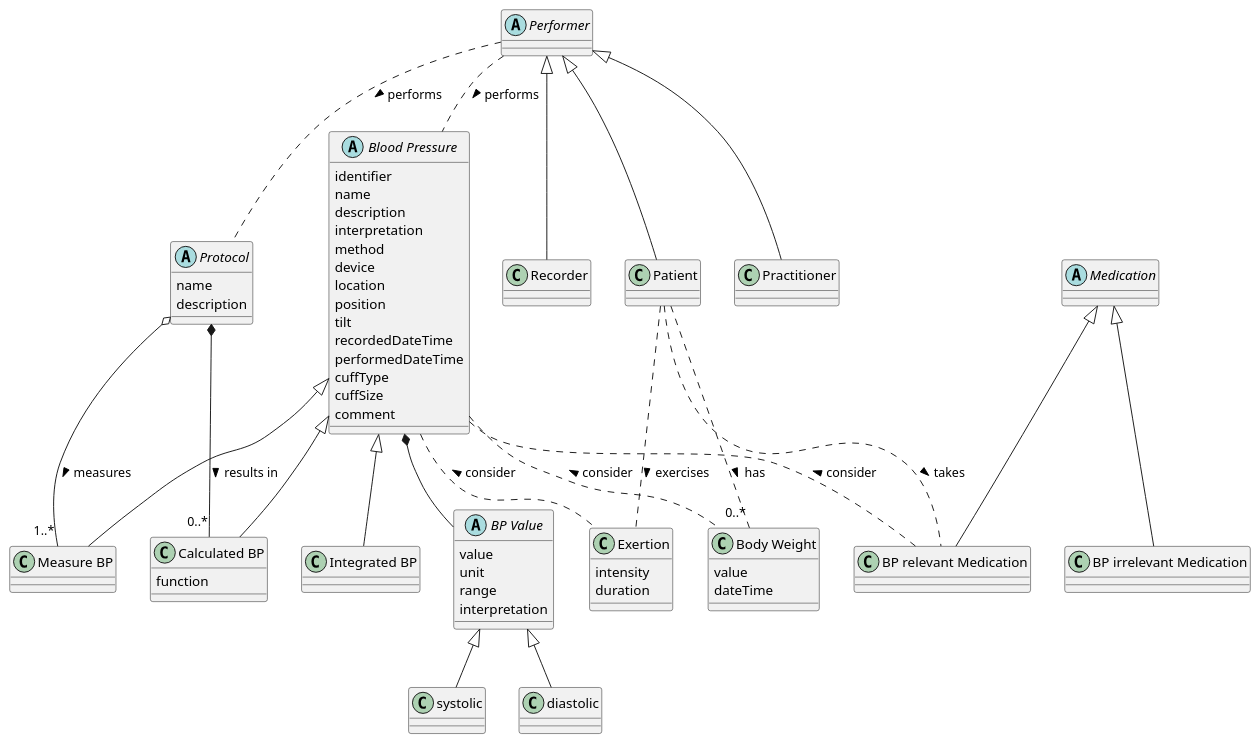
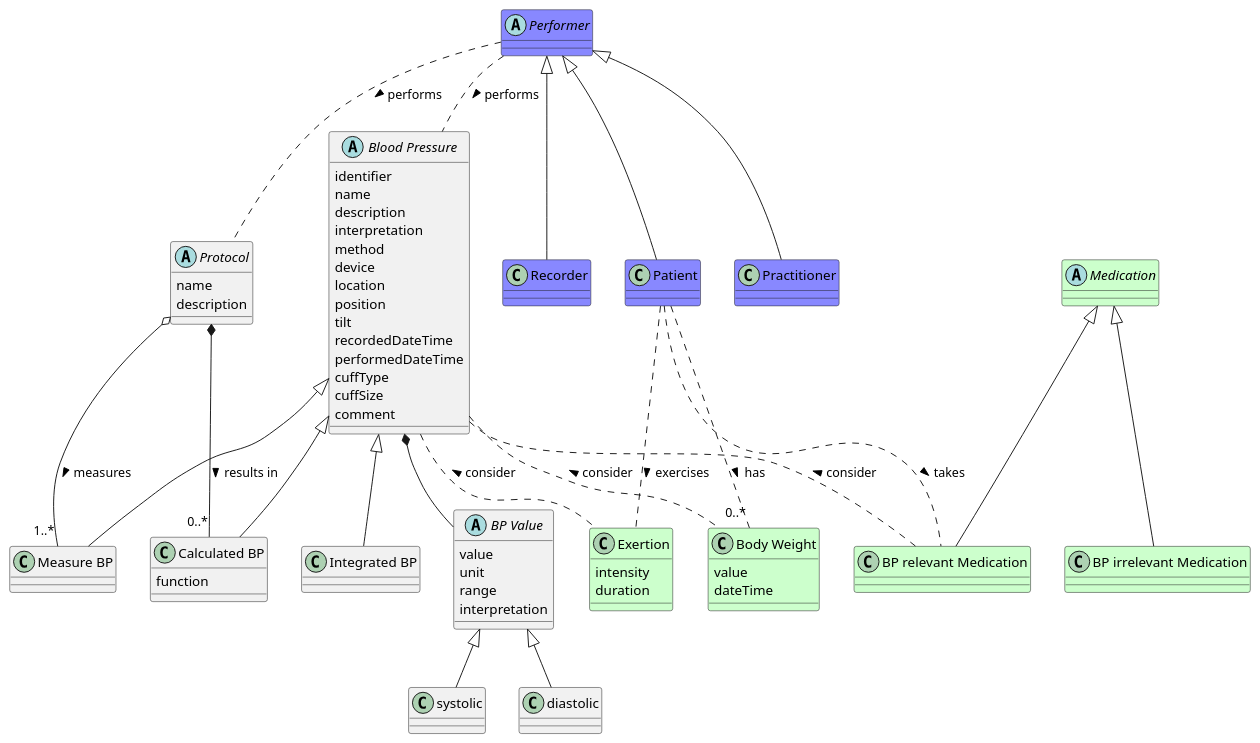
Before and after one commit to frankoemig/bloodpressure: the diagram in input/images-source/overview_model.plantuml, drawn with PlantUML. The commit also changed 16 other files, not shown here.

```diff
--- a/input/images-source/overview_model.plantuml
+++ b/input/images-source/overview_model.plantuml
@@ -1,93 +1,93 @@
 @startuml
 
 skinparam svgDimensionStyle false
 
 abstract class "Blood Pressure" as abp  {
     identifier
     name
     description
     interpretation
     method
     device
     location
     position
     tilt
     recordedDateTime
     performedDateTime
     cuffType
     cuffSize
     comment
 }
 
 class "Calculated BP" as cbp {
     function
 }
 class "Measure BP" as mbp
 class "Integrated BP" as ibp
 
 abstract class "Protocol" as prot {
     name
     description
 }
-abstract class "Performer" as perf
-class "Recorder" as rec
+abstract class "Performer" as perf #88f
+class "Recorder" as rec #88f
 
-class "Patient" as pat
-class "Practitioner" as prac
+class "Patient" as pat #88f
+class "Practitioner" as prac #88f
 
 abstract class "BP Value" as val {
     value
     unit
     range
     interpretation
 }
 class "systolic" as sys
 class "diastolic" as diast
 
 val <|-- sys
 val <|-- diast
 
 abp <|-- cbp
 abp <|-- mbp
 abp <|-- ibp
 
 abp *-- val
 
 
 prot *-- "0..*" cbp : results in >
 prot o-- "1..*" mbp : measures >
 
 perf .. abp : performs >
 perf .. prot : performs >
 
 perf <|-- pat
 perf <|-- prac
 perf <|-- rec
 
-abstract class "Medication" as med
-class "BP relevant Medication" as bpmed
-class "BP irrelevant Medication" as bpmed2
+abstract class "Medication" as med #cfc
+class "BP relevant Medication" as bpmed #cfc
+class "BP irrelevant Medication" as bpmed2 #cfc
 
 med <|-- bpmed
 med <|-- bpmed2
 
-class "Body Weight" as bw {
+class "Body Weight" as bw #cfc {
     value
     dateTime
 }
 
 abp .. bpmed : consider <
 abp .. bw : consider <
 
-class "Exertion" as exer {
+class "Exertion" as exer #cfc {
     intensity
     duration
 }
 
 pat .. exer : exercises >
 pat .. "0..*" bw : has >
 pat .. bpmed : takes >
 
 abp .. exer : consider <
 
 @enduml
```
